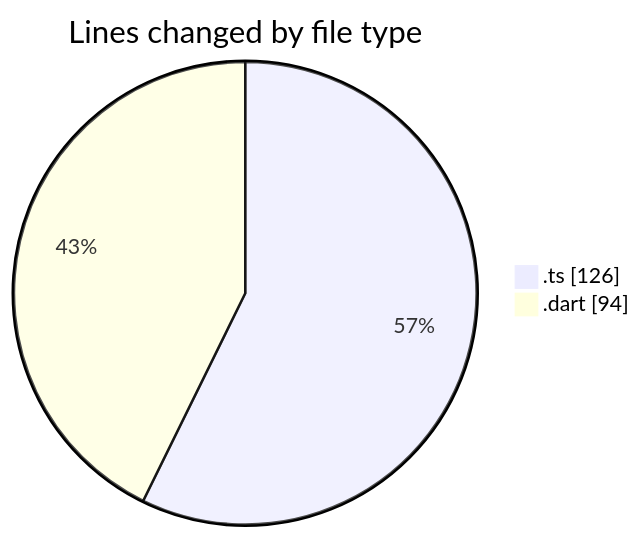
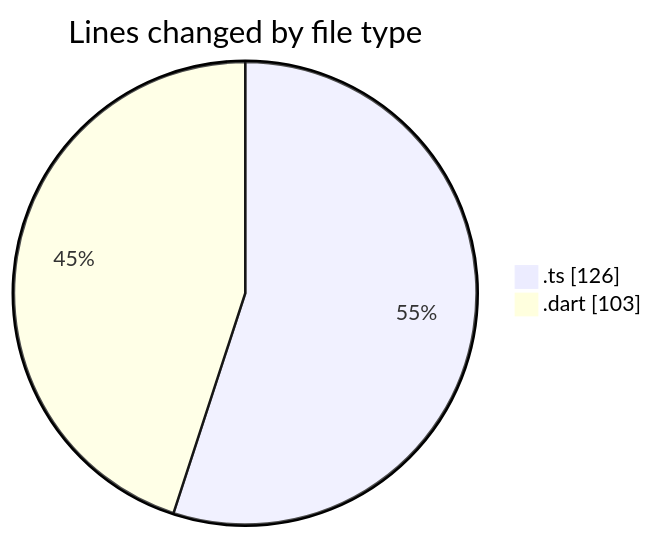
Before and after one commit to donsfak/code-tracking: the first of 2 diagrams in 2025-02-09/maps_clone/README.md, drawn with Mermaid. The commit also changed other lines of this file and 1 other file, not shown here.

````diff
--- a/2025-02-09/maps_clone/README.md
+++ b/2025-02-09/maps_clone/README.md
@@ -21,6 +21,6 @@
 ```mermaid
 pie showData
 title Lines changed by file type
 ".ts" : 126
-".dart" : 94
+".dart" : 103
 ```
````
